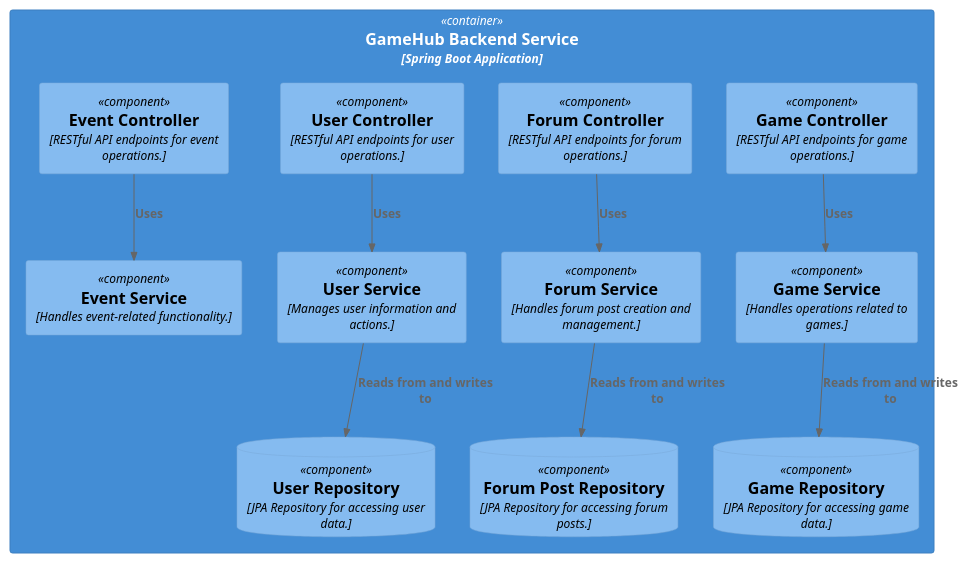
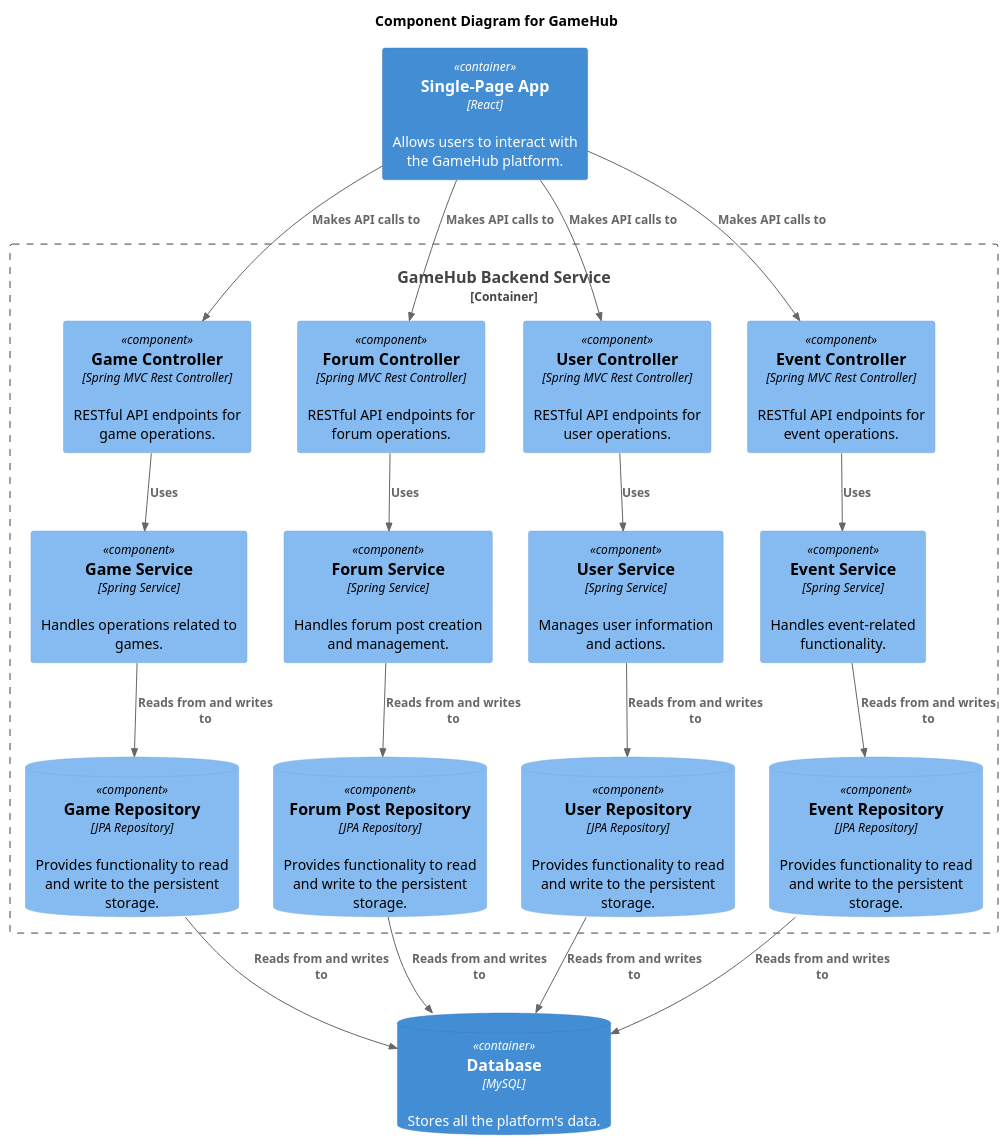
Before and after one commit to MihaiCatalin22/GameHubBE: the diagram in Documentation/C3_Diagram.puml, drawn with PlantUML. The commit also changed 9 other files, not shown here.

```diff
--- a/Documentation/C3_Diagram.puml
+++ b/Documentation/C3_Diagram.puml
@@ -1,27 +1,47 @@
-@startuml GameHub-Component
+@startuml
 !includeurl https://raw.githubusercontent.com/plantuml-stdlib/C4-PlantUML/master/C4_Component.puml
 
-Container(backendService, "GameHub Backend Service", "Spring Boot Application") {
-    Component(gameService, "Game Service", "Handles operations related to games.")
-    Component(forumService, "Forum Service", "Handles forum post creation and management.")
-    Component(userService, "User Service", "Manages user information and actions.")
-    Component(eventService, "Event Service", "Handles event-related functionality.")
+title Component Diagram for GameHub
 
-    Component(gameController, "Game Controller", "RESTful API endpoints for game operations.")
-    Component(forumController, "Forum Controller", "RESTful API endpoints for forum operations.")
-    Component(userController, "User Controller", "RESTful API endpoints for user operations.")
-    Component(eventController, "Event Controller", "RESTful API endpoints for event operations.")
+Container(webApp, "Single-Page App", "React", "Allows users to interact with the GameHub platform.")
 
-    ComponentDb(gameRepository, "Game Repository", "JPA Repository for accessing game data.")
-    ComponentDb(forumPostRepository, "Forum Post Repository", "JPA Repository for accessing forum posts.")
-    ComponentDb(userRepository, "User Repository", "JPA Repository for accessing user data.")
+Container_Boundary(api, "GameHub Backend Service") {
+    Component(gameController, "Game Controller", "Spring MVC Rest Controller", "RESTful API endpoints for game operations.")
+    Component(forumController, "Forum Controller", "Spring MVC Rest Controller", "RESTful API endpoints for forum operations.")
+    Component(userController, "User Controller", "Spring MVC Rest Controller", "RESTful API endpoints for user operations.")
+    Component(eventController, "Event Controller", "Spring MVC Rest Controller", "RESTful API endpoints for event operations.")
+
+    Component(gameService, "Game Service", "Spring Service", "Handles operations related to games.")
+    Component(forumService, "Forum Service", "Spring Service", "Handles forum post creation and management.")
+    Component(userService, "User Service", "Spring Service", "Manages user information and actions.")
+    Component(eventService, "Event Service", "Spring Service", "Handles event-related functionality.")
+
+    ComponentDb(gameRepository, "Game Repository", "JPA Repository", "Provides functionality to read and write to the persistent storage.")
+    ComponentDb(forumPostRepository, "Forum Post Repository", "JPA Repository", "Provides functionality to read and write to the persistent storage.")
+    ComponentDb(userRepository, "User Repository", "JPA Repository", "Provides functionality to read and write to the persistent storage.")
+    ComponentDb(eventRepository, "Event Repository", "JPA Repository", "Provides functionality to read and write to the persistent storage.")
+
+    Rel(gameController, gameService, "Uses")
+    Rel(forumController, forumService, "Uses")
+    Rel(userController, userService, "Uses")
+    Rel(eventController, eventService, "Uses")
+
+    Rel(gameService, gameRepository, "Reads from and writes to")
+    Rel(forumService, forumPostRepository, "Reads from and writes to")
+    Rel(userService, userRepository, "Reads from and writes to")
+    Rel(eventService, eventRepository, "Reads from and writes to")
 }
 
-Rel(gameController, gameService, "Uses")
-Rel(forumController, forumService, "Uses")
-Rel(userController, userService, "Uses")
-Rel(eventController, eventService, "Uses")
-Rel(gameService, gameRepository, "Reads from and writes to")
-Rel(forumService, forumPostRepository, "Reads from and writes to")
-Rel(userService, userRepository, "Reads from and writes to")
+ContainerDb(database, "Database", "MySQL", "Stores all the platform's data.")
+
+Rel(webApp, userController, "Makes API calls to")
+Rel(webApp, forumController, "Makes API calls to")
+Rel(webApp, gameController, "Makes API calls to")
+Rel(webApp, eventController, "Makes API calls to")
+
+Rel(userRepository, database, "Reads from and writes to")
+Rel(forumPostRepository, database, "Reads from and writes to")
+Rel(gameRepository, database, "Reads from and writes to")
+Rel(eventRepository, database, "Reads from and writes to")
+
 @enduml
```
